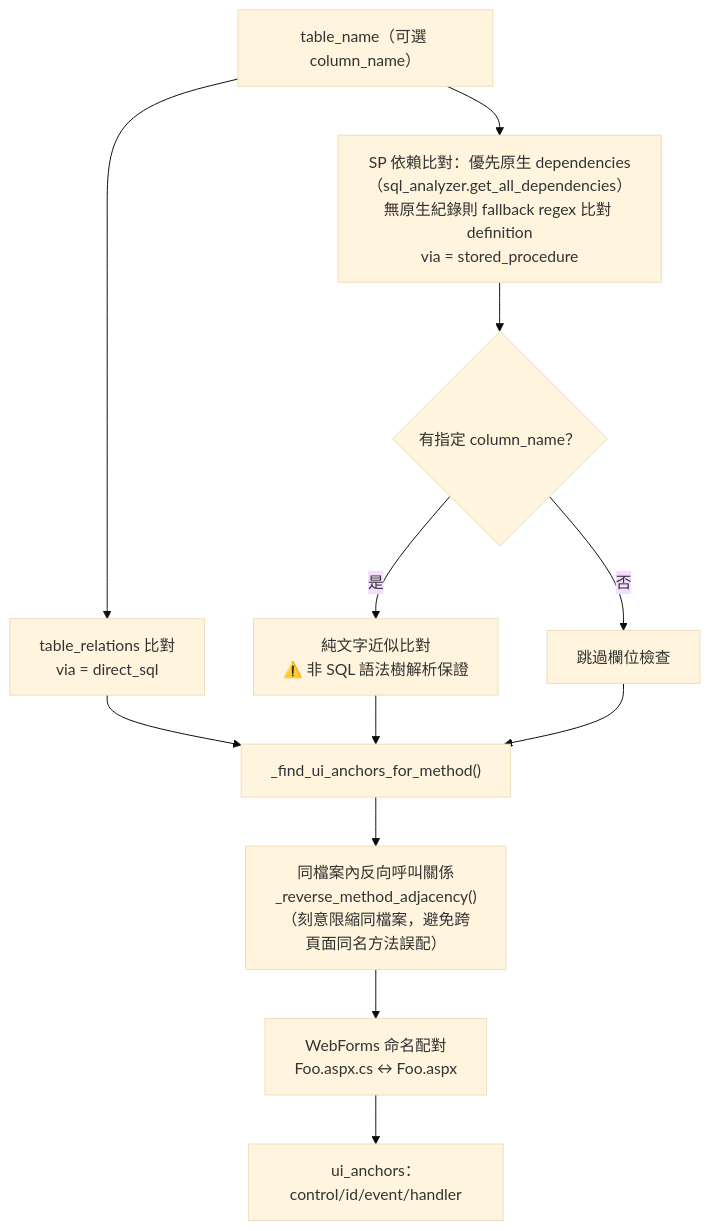
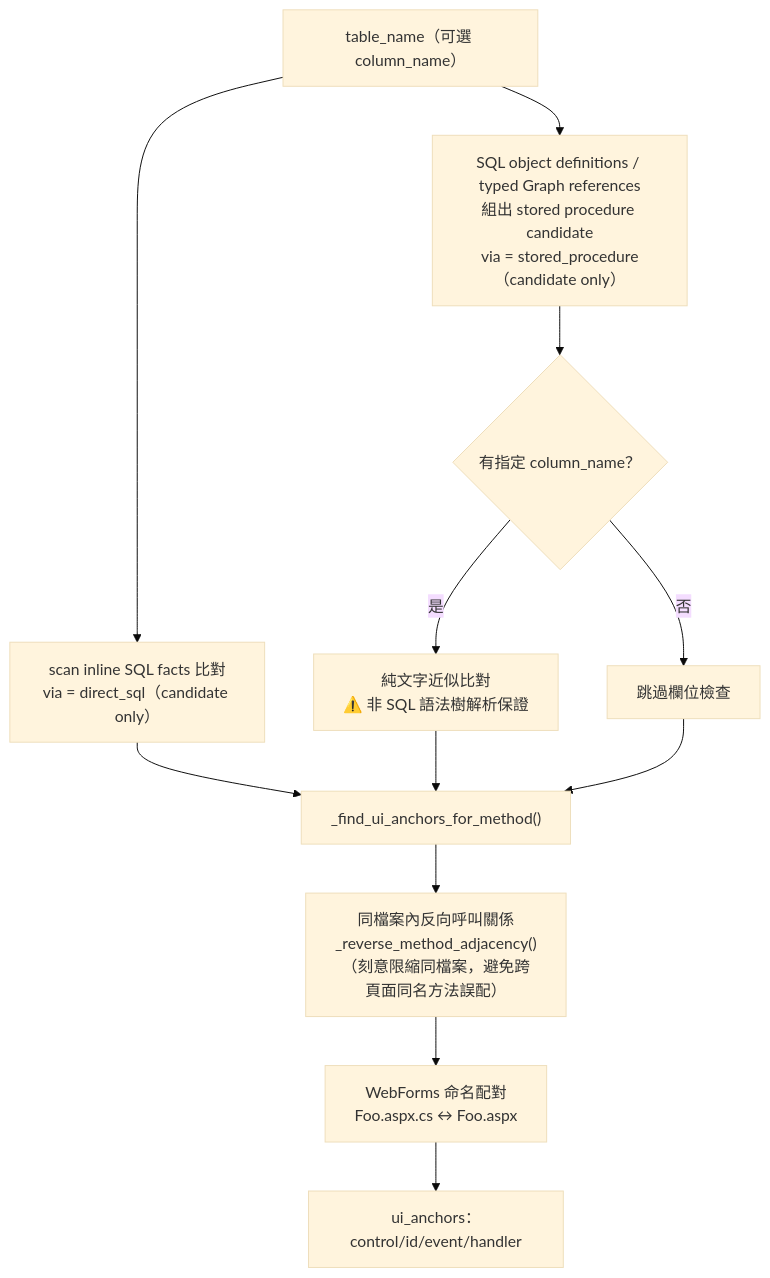
Before and after one commit to vy088772/Impact_analysis_system: the ninth of 11 diagrams in docs/流程圖.md, drawn with Mermaid (base theme). The commit also changed other lines of this file and 12 other files, not shown here.

````diff
--- a/docs/流程圖.md
+++ b/docs/流程圖.md
@@ -462,14 +548,14 @@
 ```mermaid
 flowchart TD
-    A["table_name（可選 column_name）"] --> B["table_relations 比對<br/>via = direct_sql"]
-    A --> C["SP 依賴比對：優先原生 dependencies<br/>（sql_analyzer.get_all_dependencies）<br/>無原生紀錄則 fallback regex 比對 definition<br/>via = stored_procedure"]
+    A["table_name（可選 column_name）"] --> B["scan inline SQL facts 比對<br/>via = direct_sql（candidate only）"]
+    A --> C["SQL object definitions / typed Graph references<br/>組出 stored procedure candidate<br/>via = stored_procedure（candidate only）"]
     C --> D{"有指定 column_name？"}
     D -- 是 --> E["純文字近似比對<br/>⚠️ 非 SQL 語法樹解析保證"]
     D -- 否 --> F["跳過欄位檢查"]
     B --> G
     E --> G
     F --> G
     G["_find_ui_anchors_for_method()"] --> H["同檔案內反向呼叫關係<br/>_reverse_method_adjacency()<br/>（刻意限縮同檔案，避免跨頁面同名方法誤配）"]
     H --> I["WebForms 命名配對<br/>Foo.aspx.cs ↔ Foo.aspx"]
     I --> J["ui_anchors：control/id/event/handler"]
 ```
````
